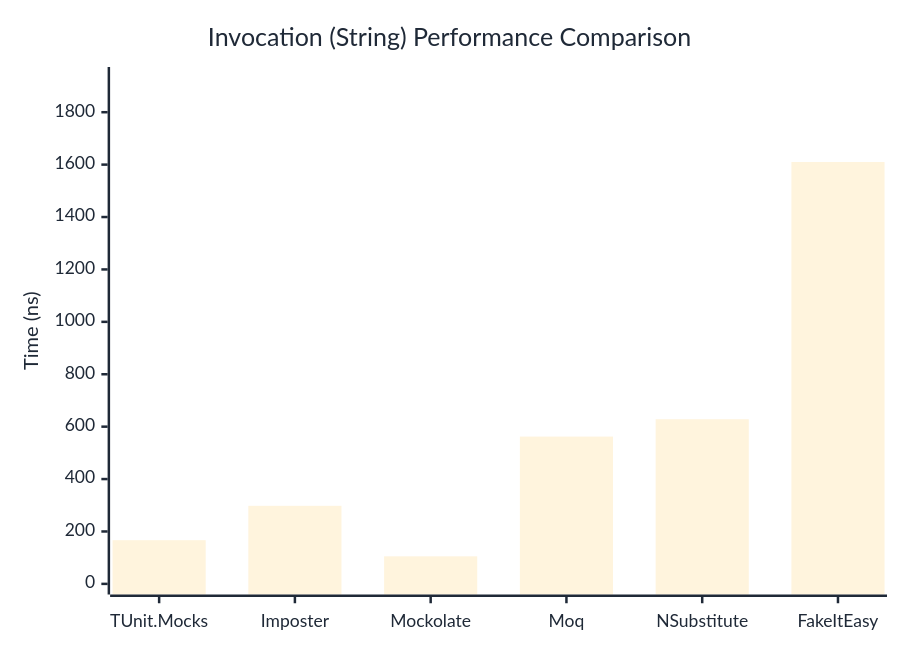
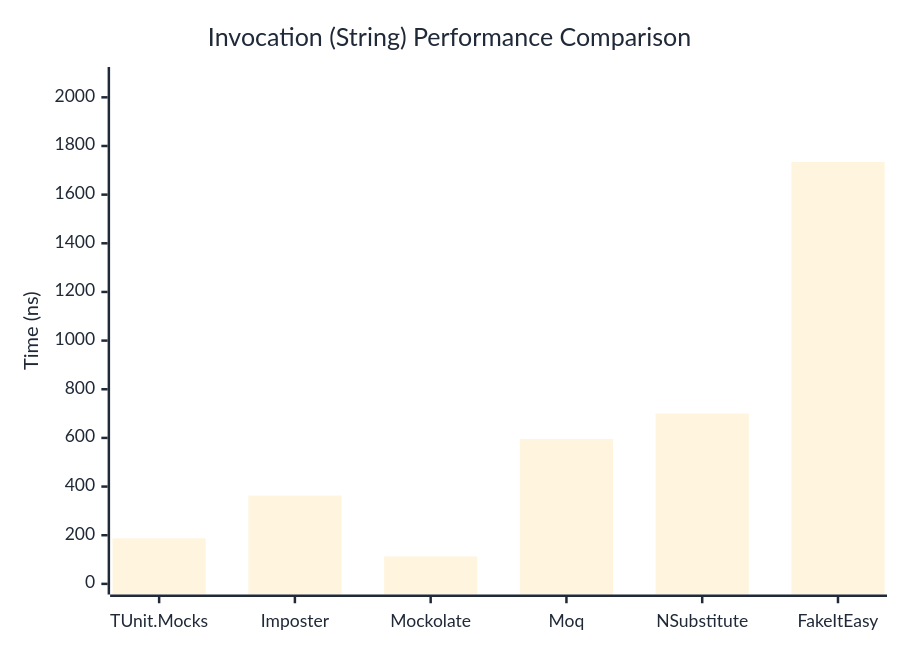
One commit to thomhurst/TUnit changed the second of 3 diagrams in docs/docs/benchmarks/mocks/Invocation.md. Above: the diagram before and after it, drawn with Mermaid. The commit also changed other lines of this file and 14 other files, not shown here.

````diff
--- a/docs/docs/benchmarks/mocks/Invocation.md
+++ b/docs/docs/benchmarks/mocks/Invocation.md
@@ -71,27 +71,27 @@
 ```mermaid
 %%{init: {
   'theme':'base',
   'themeVariables': {
     'primaryColor': '#2563eb',
     'primaryTextColor': '#1f2937',
     'primaryBorderColor': '#1e40af',
     'lineColor': '#6b7280',
     'secondaryColor': '#7c3aed',
     'tertiaryColor': '#dc2626',
     'background': '#ffffff',
     'pie1': '#2563eb',
     'pie2': '#7c3aed',
     'pie3': '#dc2626',
     'pie4': '#f59e0b',
     'pie5': '#10b981',
     'pie6': '#06b6d4',
     'pie7': '#ec4899',
     'pie8': '#6366f1'
   }
 }}%%
 xychart-beta
   title "Invocation (String) Performance Comparison"
   x-axis ["TUnit.Mocks", "Imposter", "Mockolate", "Moq", "NSubstitute", "FakeItEasy"]
-  y-axis "Time (ns)" 0 --> 1932
-  bar [166.7, 297.9, 105.1, 562.1, 628.4, 1609.9]
+  y-axis "Time (ns)" 0 --> 2081
+  bar [187, 363.3, 112.8, 595.6, 700, 1734.1]
 ```
````
